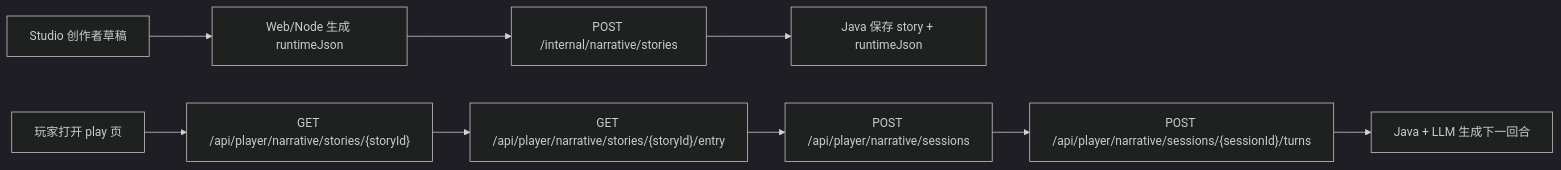
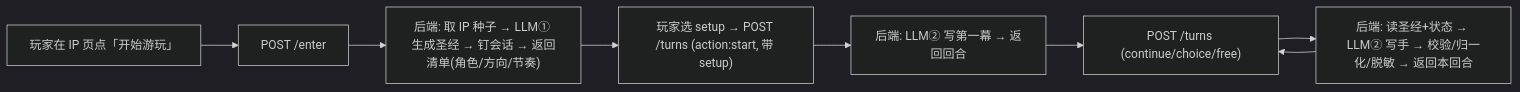
One commit to sleep202411/agent changed the diagram in docs/narrative-runtime-java-api-v0.md. Above: the diagram before and after it, drawn with Mermaid (dark theme). The commit also changed other lines of this file, not shown here.

First line of the commit message:
docs(narrative): rewrite runtime contract to IP-direct play (v1)

````diff
--- a/docs/narrative-runtime-java-api-v0.md
+++ b/docs/narrative-runtime-java-api-v0.md
@@ -38,11 +29,10 @@
 ```mermaid
 flowchart LR
-  A["Studio 创作者草稿"] --> B["Web/Node 生成 runtimeJson"]
-  B --> C["POST /internal/narrative/stories"]
-  C --> D["Java 保存 story + runtimeJson"]
-  E["玩家打开 play 页"] --> F["GET /api/player/narrative/stories/{storyId}"]
-  F --> G["GET /api/player/narrative/stories/{storyId}/entry"]
-  G --> H["POST /api/player/narrative/sessions"]
-  H --> I["POST /api/player/narrative/sessions/{sessionId}/turns"]
-  I --> J["Java + LLM 生成下一回合"]
+  P["玩家在 IP 页点「开始游玩」"] --> E["POST /enter"]
+  E --> B["后端: 取 IP 种子 → LLM① 生成圣经 → 钉会话 → 返回清单(角色/方向/节奏)"]
+  B --> S["玩家选 setup → POST /turns (action:start, 带 setup)"]
+  S --> F["后端: LLM② 写第一幕 → 返回回合"]
+  F --> T["POST /turns (continue/choice/free)"]
+  T --> W["后端: 读圣经+状态 → LLM② 写手 → 校验/归一化/脱敏 → 返回本回合"]
+  W --> T
 ```
````
